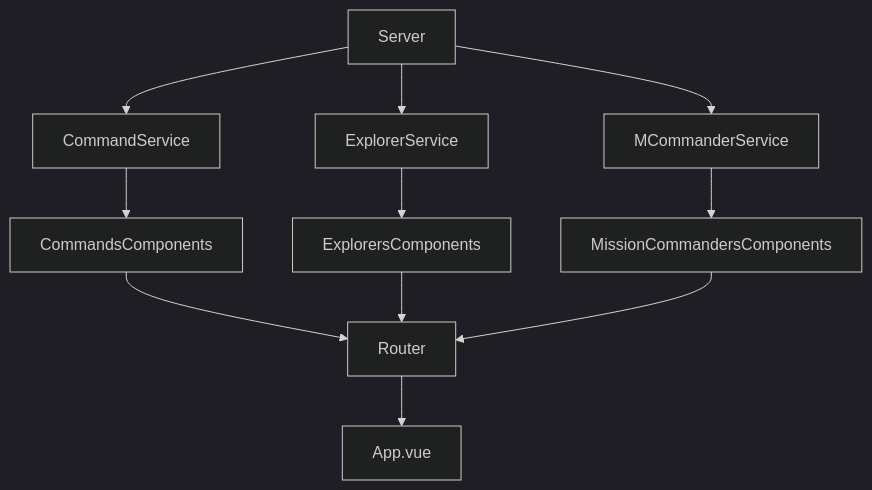
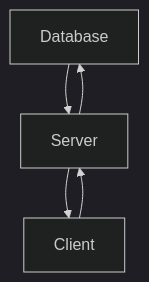
One commit to martinGM05/client-launchx changed the first of 5 diagrams in README.md. Above: the diagram before and after it, drawn with Mermaid (dark theme). The commit also changed other lines of this file, not shown here.

````diff
--- a/README.md
+++ b/README.md
@@ -13,13 +13,7 @@
 ```mermaid
 graph TD;
-    Server --> CommandService;
-    Server --> ExplorerService;
-    Server --> MCommanderService;
-    CommandService --> CommandsComponents;
-    ExplorerService --> ExplorersComponents;
-    MCommanderService --> MissionCommandersComponents;
-    CommandsComponents --> Router;
-    ExplorersComponents --> Router;
-    MissionCommandersComponents --> Router;
-    Router --> App.vue;
+    Database --> Server;
+    Server --> Client;
+    Client --> Server;
+    Server --> Database;
 ```
````
